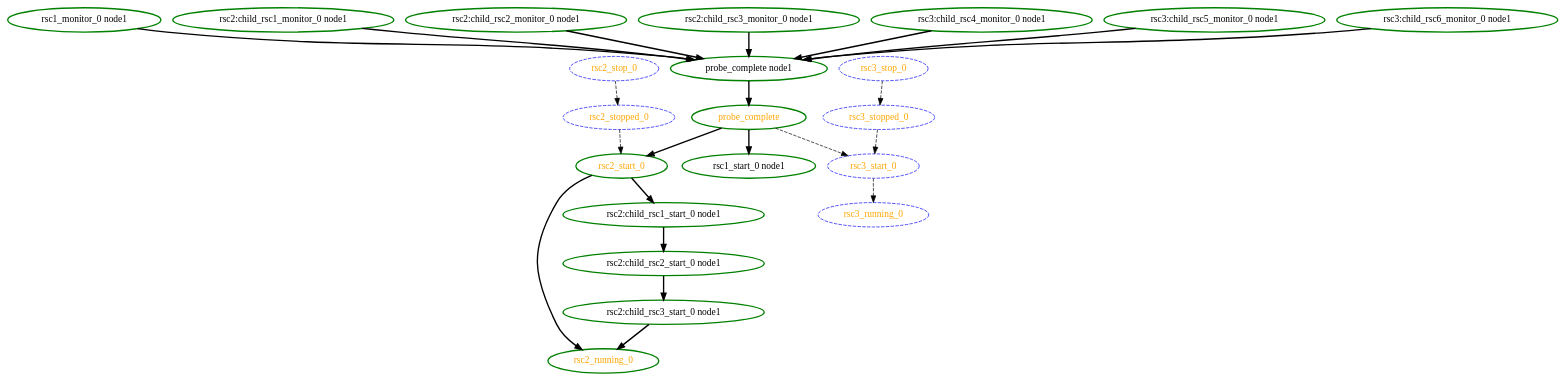
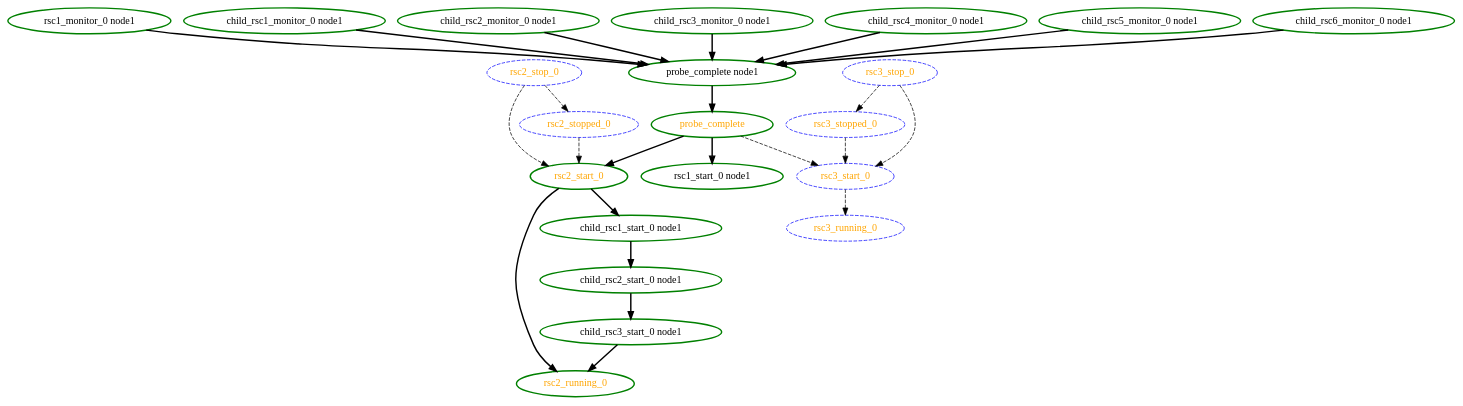
The diagram in crm/pengine/testcases/group8.dot (richiewen8/heartbeat), drawn with Graphviz before and after one commit. The commit also changed 200 other files, not shown here.

```diff
--- a/crm/pengine/testcases/group8.dot
+++ b/crm/pengine/testcases/group8.dot
@@ -1,45 +1,47 @@
 digraph "g" {
 	size = "30,30"
 "probe_complete" [ style=bold color="green" fontcolor="orange" ]
 "probe_complete node1" [ style=bold color="green" fontcolor="black" ]
 "rsc1_monitor_0 node1" [ style=bold color="green" fontcolor="black" ]
-"rsc2:child_rsc1_monitor_0 node1" [ style=bold color="green" fontcolor="black" ]
-"rsc2:child_rsc2_monitor_0 node1" [ style=bold color="green" fontcolor="black" ]
-"rsc2:child_rsc3_monitor_0 node1" [ style=bold color="green" fontcolor="black" ]
-"rsc3:child_rsc4_monitor_0 node1" [ style=bold color="green" fontcolor="black" ]
-"rsc3:child_rsc5_monitor_0 node1" [ style=bold color="green" fontcolor="black" ]
-"rsc3:child_rsc6_monitor_0 node1" [ style=bold color="green" fontcolor="black" ]
+"child_rsc1_monitor_0 node1" [ style=bold color="green" fontcolor="black" ]
+"child_rsc2_monitor_0 node1" [ style=bold color="green" fontcolor="black" ]
+"child_rsc3_monitor_0 node1" [ style=bold color="green" fontcolor="black" ]
+"child_rsc4_monitor_0 node1" [ style=bold color="green" fontcolor="black" ]
+"child_rsc5_monitor_0 node1" [ style=bold color="green" fontcolor="black" ]
+"child_rsc6_monitor_0 node1" [ style=bold color="green" fontcolor="black" ]
 "rsc1_start_0 node1" [ style=bold color="green" fontcolor="black" ]
-"rsc2:child_rsc1_start_0 node1" [ style=bold color="green" fontcolor="black" ]
-"rsc2:child_rsc2_start_0 node1" [ style=bold color="green" fontcolor="black" ]
-"rsc2:child_rsc3_start_0 node1" [ style=bold color="green" fontcolor="black" ]
+"child_rsc1_start_0 node1" [ style=bold color="green" fontcolor="black" ]
+"child_rsc2_start_0 node1" [ style=bold color="green" fontcolor="black" ]
+"child_rsc3_start_0 node1" [ style=bold color="green" fontcolor="black" ]
 "rsc2_start_0" [ style=bold color="green" fontcolor="orange" ]
 "rsc2_running_0" [ style=bold color="green" fontcolor="orange" ]
 "rsc2_stop_0" [ style="dashed" color="blue" fontcolor="orange" ]
 "rsc2_stopped_0" [ style="dashed" color="blue" fontcolor="orange" ]
 "rsc3_start_0" [ style="dashed" color="blue" fontcolor="orange" ]
 "rsc3_running_0" [ style="dashed" color="blue" fontcolor="orange" ]
 "rsc3_stop_0" [ style="dashed" color="blue" fontcolor="orange" ]
 "rsc3_stopped_0" [ style="dashed" color="blue" fontcolor="orange" ]
 "probe_complete node1" -> "probe_complete" [ style = bold]
 "rsc1_monitor_0 node1" -> "probe_complete node1" [ style = bold]
-"rsc2:child_rsc1_monitor_0 node1" -> "probe_complete node1" [ style = bold]
-"rsc2:child_rsc2_monitor_0 node1" -> "probe_complete node1" [ style = bold]
-"rsc2:child_rsc3_monitor_0 node1" -> "probe_complete node1" [ style = bold]
-"rsc3:child_rsc4_monitor_0 node1" -> "probe_complete node1" [ style = bold]
-"rsc3:child_rsc5_monitor_0 node1" -> "probe_complete node1" [ style = bold]
-"rsc3:child_rsc6_monitor_0 node1" -> "probe_complete node1" [ style = bold]
+"child_rsc1_monitor_0 node1" -> "probe_complete node1" [ style = bold]
+"child_rsc2_monitor_0 node1" -> "probe_complete node1" [ style = bold]
+"child_rsc3_monitor_0 node1" -> "probe_complete node1" [ style = bold]
+"child_rsc4_monitor_0 node1" -> "probe_complete node1" [ style = bold]
+"child_rsc5_monitor_0 node1" -> "probe_complete node1" [ style = bold]
+"child_rsc6_monitor_0 node1" -> "probe_complete node1" [ style = bold]
 "probe_complete" -> "rsc1_start_0 node1" [ style = bold]
-"rsc2_start_0" -> "rsc2:child_rsc1_start_0 node1" [ style = bold]
-"rsc2:child_rsc1_start_0 node1" -> "rsc2:child_rsc2_start_0 node1" [ style = bold]
-"rsc2:child_rsc2_start_0 node1" -> "rsc2:child_rsc3_start_0 node1" [ style = bold]
+"rsc2_start_0" -> "child_rsc1_start_0 node1" [ style = bold]
+"child_rsc1_start_0 node1" -> "child_rsc2_start_0 node1" [ style = bold]
+"child_rsc2_start_0 node1" -> "child_rsc3_start_0 node1" [ style = bold]
 "probe_complete" -> "rsc2_start_0" [ style = bold]
+"rsc2_stop_0" -> "rsc2_start_0" [ style = dashed]
 "rsc2_stopped_0" -> "rsc2_start_0" [ style = dashed]
-"rsc2:child_rsc3_start_0 node1" -> "rsc2_running_0" [ style = bold]
+"child_rsc3_start_0 node1" -> "rsc2_running_0" [ style = bold]
 "rsc2_start_0" -> "rsc2_running_0" [ style = bold]
 "rsc2_stop_0" -> "rsc2_stopped_0" [ style = dashed]
 "probe_complete" -> "rsc3_start_0" [ style = dashed]
+"rsc3_stop_0" -> "rsc3_start_0" [ style = dashed]
 "rsc3_stopped_0" -> "rsc3_start_0" [ style = dashed]
 "rsc3_start_0" -> "rsc3_running_0" [ style = dashed]
 "rsc3_stop_0" -> "rsc3_stopped_0" [ style = dashed]
 }
```
